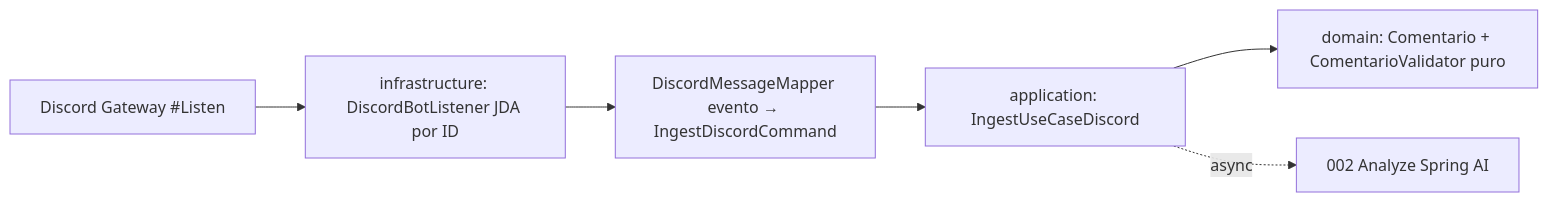
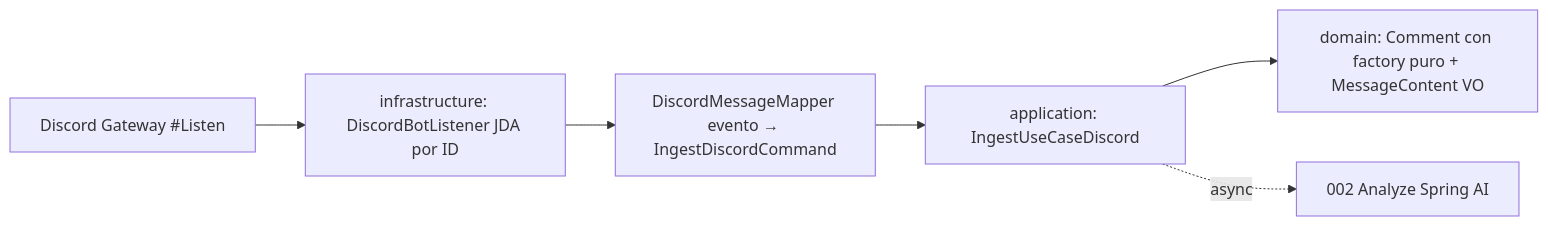
The diagram in docs/sdd/specs/001-ingesta-normalizada/plan.md (No-Country-simulation/G-10-CommunityLab-equipo-3), drawn with Mermaid before and after one commit. The commit also changed other lines of this file and 12 other files, not shown here.

````diff
--- a/docs/sdd/specs/001-ingesta-normalizada/plan.md
+++ b/docs/sdd/specs/001-ingesta-normalizada/plan.md
@@ -8,8 +8,8 @@
 ```mermaid
 flowchart LR
   GW[Discord Gateway #Listen] --> LIS[infrastructure: DiscordBotListener JDA por ID]
   LIS --> MAP[DiscordMessageMapper evento → IngestDiscordCommand]
   MAP --> UC[application: IngestUseCaseDiscord]
-  UC --> DM[domain: Comentario + ComentarioValidator puro]
+  UC --> DM[domain: Comment con factory puro + MessageContent VO]
   UC -.async.-> LLM[002 Analyze Spring AI]
 ```
````
